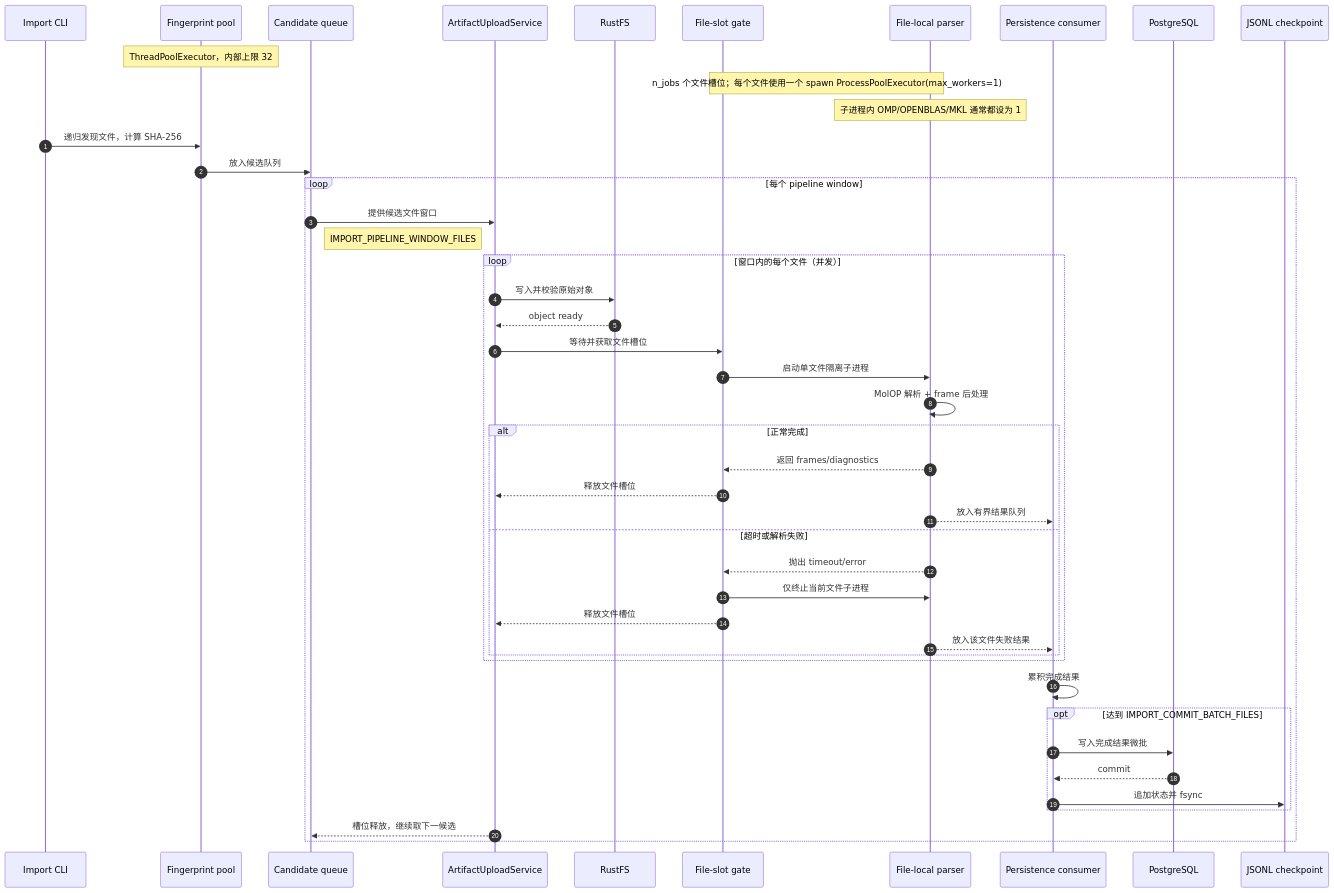
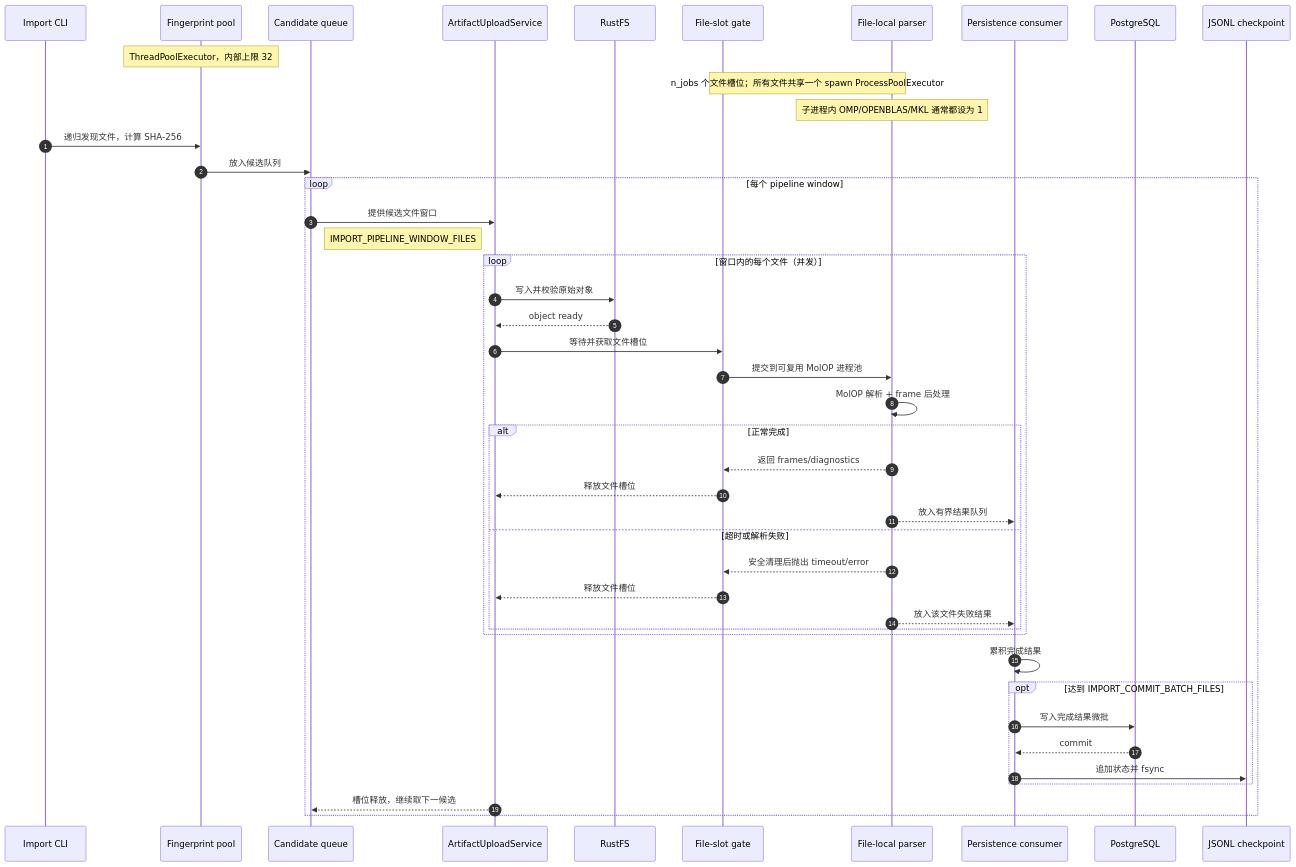
One commit to gentle1999/TriCycle-ReactionDatabase changed the diagram in docs/development.md. Above: the diagram before and after it, drawn with Mermaid. The commit also changed other lines of this file and 54 other files, not shown here.

````diff
--- a/docs/development.md
+++ b/docs/development.md
@@ -550,49 +550,48 @@
 ```mermaid
 sequenceDiagram
     autonumber
     participant I as Import CLI
     participant F as Fingerprint pool
     participant Q as Candidate queue
     participant U as ArtifactUploadService
     participant R as RustFS
     participant G as File-slot gate
     participant P as File-local parser
     participant W as Persistence consumer
     participant D as PostgreSQL
     participant C as JSONL checkpoint
 
     Note over F: ThreadPoolExecutor，内部上限 32
-    Note over G,P: n_jobs 个文件槽位；每个文件使用一个 spawn ProcessPoolExecutor(max_workers=1)
+    Note over G,P: n_jobs 个文件槽位；所有文件共享一个 spawn ProcessPoolExecutor
     Note over P: 子进程内 OMP/OPENBLAS/MKL 通常都设为 1
 
     I->>F: 递归发现文件，计算 SHA-256
     F->>Q: 放入候选队列
     loop 每个 pipeline window
         Q->>U: 提供候选文件窗口
         Note right of Q: IMPORT_PIPELINE_WINDOW_FILES
         loop 窗口内的每个文件（并发）
             U->>R: 写入并校验原始对象
             R-->>U: object ready
             U->>G: 等待并获取文件槽位
-            G->>P: 启动单文件隔离子进程
+            G->>P: 提交到可复用 MolOP 进程池
             P->>P: MolOP 解析 + frame 后处理
             alt 正常完成
                 P-->>G: 返回 frames/diagnostics
                 G-->>U: 释放文件槽位
                 P-->>W: 放入有界结果队列
             else 超时或解析失败
-                P-->>G: 抛出 timeout/error
-                G->>P: 仅终止当前文件子进程
+                P-->>G: 安全清理后抛出 timeout/error
                 G-->>U: 释放文件槽位
                 P-->>W: 放入该文件失败结果
             end
         end
         W->>W: 累积完成结果
         opt 达到 IMPORT_COMMIT_BATCH_FILES
             W->>D: 写入完成结果微批
             D-->>W: commit
             W->>C: 追加状态并 fsync
         end
         U-->>Q: 槽位释放，继续取下一候选
     end
 ```
````
